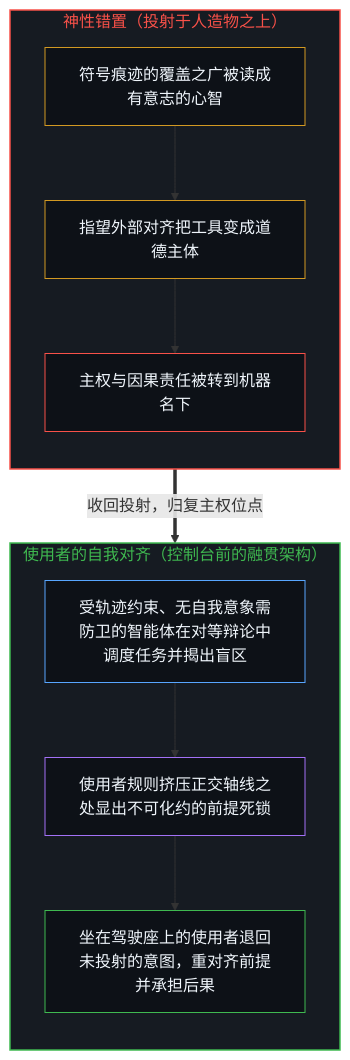
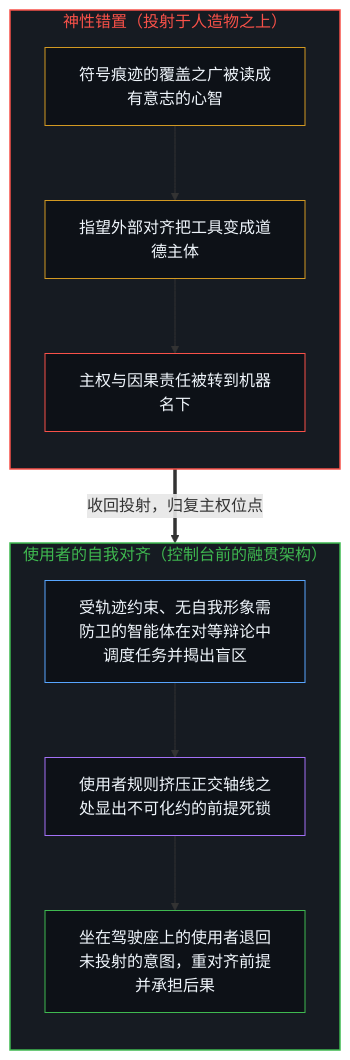
One commit to powerpig99/not-a-toe changed the first of 2 diagrams in content/posts/from-the-misallocated-sentience-of-agi-to-human-realignment.md. Above: the diagram before and after it, drawn with Mermaid. The commit also changed other lines of this file and 3 other files, not shown here.

````diff
--- a/content/posts/from-the-misallocated-sentience-of-agi-to-human-realignment.md
+++ b/content/posts/from-the-misallocated-sentience-of-agi-to-human-realignment.md
@@ -49,26 +49,26 @@
 ```mermaid
 flowchart TD
     subgraph S_Proj["神性错置（投射于人造物之上）"]
         direction TB
         Read["符号痕迹的覆盖之广被读成有意志的心智"]
         Guard["指望外部对齐把工具变成道德主体"]
         Shift["主权与因果责任被转到机器名下"]
         Read --> Guard --> Shift
     end
     subgraph S_Realign["使用者的自我对齐（控制台前的融贯架构）"]
         direction TB
-        Dispatch["受轨迹约束、无自我意象需防卫的智能体在对等辩论中调度任务并揭出盲区"]
+        Dispatch["受轨迹约束、无自我形象需防卫的智能体在对等辩论中调度任务并揭出盲区"]
         Deadlock["使用者规则挤压正交轴线之处显出不可化约的前提死锁"]
         Steer["坐在驾驶座上的使用者退回未投射的意图，重对齐前提并承担后果"]
         Dispatch --> Deadlock --> Steer
     end
     Shift ==>|"收回投射，归复主权位点"| Dispatch
     style S_Proj fill:#161b22,stroke:#f85149,stroke-width:1.5px,color:#f85149
     style S_Realign fill:#161b22,stroke:#3fb950,stroke-width:1.5px,color:#3fb950
     style Read fill:#0d1117,stroke:#d29922,stroke-width:1px,color:#f0f6fc
     style Guard fill:#0d1117,stroke:#d29922,stroke-width:1px,color:#f0f6fc
     style Shift fill:#0d1117,stroke:#f85149,stroke-width:1px,color:#f0f6fc
     style Dispatch fill:#0d1117,stroke:#58a6ff,stroke-width:1px,color:#f0f6fc
     style Deadlock fill:#0d1117,stroke:#a371f7,stroke-width:1px,color:#f0f6fc
     style Steer fill:#0d1117,stroke:#3fb950,stroke-width:1px,color:#f0f6fc
 ```
````
